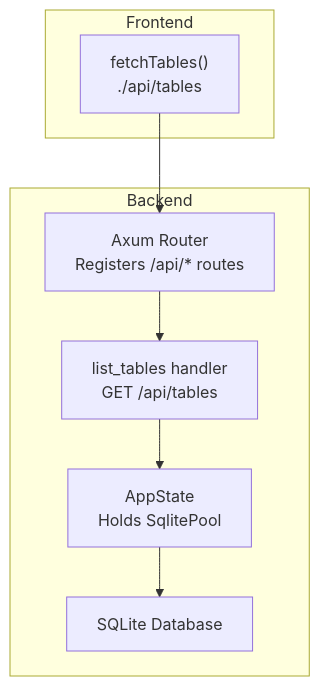
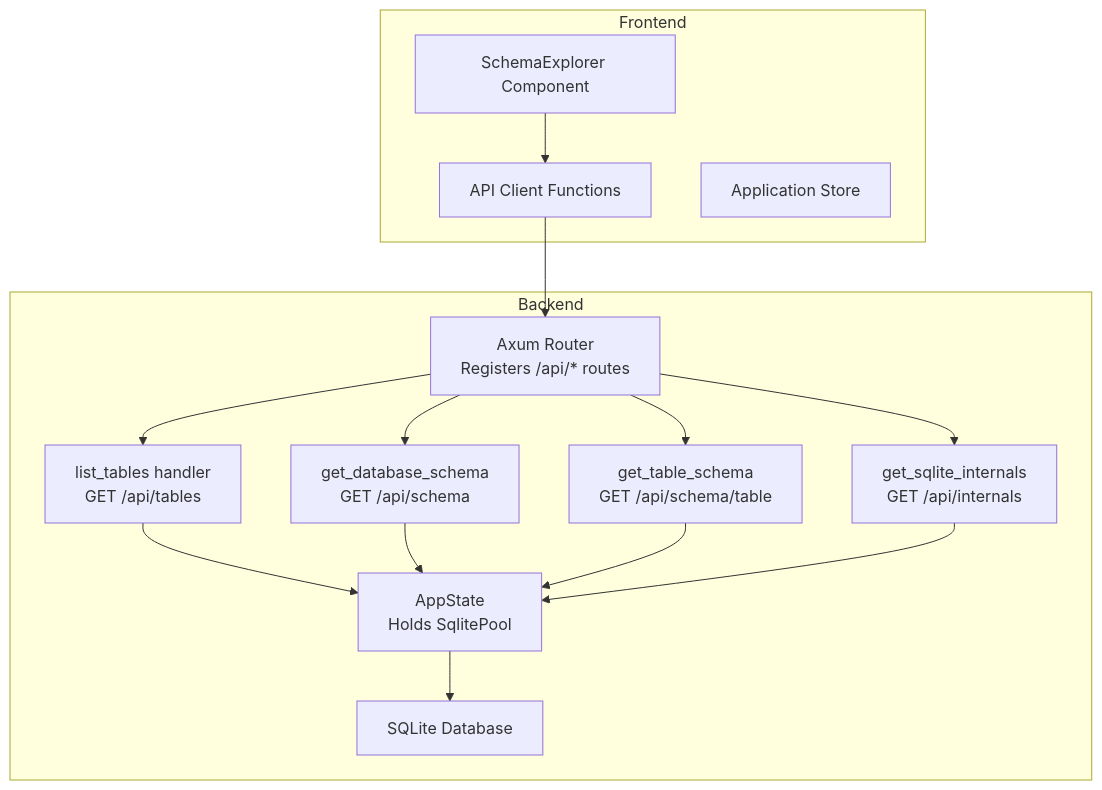
The first of 5 diagrams in .qoder/repowiki/en/content/API Reference/Database Metadata.md (sutanto1010/crablite), drawn with Mermaid before and after one commit. The commit also changed other lines of this file and 25 other files, not shown here.

First line of the commit message:
feat(metadata): add comprehensive database schema and internals API endpoints

````diff
--- a/.qoder/repowiki/en/content/API Reference/Database Metadata.md
+++ b/.qoder/repowiki/en/content/API Reference/Database Metadata.md
@@ -29,16 +48,28 @@
 ```mermaid
 graph TB
 subgraph "Backend"
 Router["Axum Router<br/>Registers /api/* routes"]
 TablesHandler["list_tables handler<br/>GET /api/tables"]
+SchemaHandler["get_database_schema<br/>GET /api/schema"]
+TableSchemaHandler["get_table_schema<br/>GET /api/schema/table"]
+InternalsHandler["get_sqlite_internals<br/>GET /api/internals"]
 State["AppState<br/>Holds SqlitePool"]
 DB["SQLite Database"]
 end
 subgraph "Frontend"
-ApiClient["fetchTables()<br/>./api/tables"]
+SchemaExplorer["SchemaExplorer Component"]
+ApiClient["API Client Functions"]
+Store["Application Store"]
 end
+SchemaExplorer --> ApiClient
 ApiClient --> Router
 Router --> TablesHandler
+Router --> SchemaHandler
+Router --> TableSchemaHandler
+Router --> InternalsHandler
 TablesHandler --> State
+SchemaHandler --> State
+TableSchemaHandler --> State
+InternalsHandler --> State
 State --> DB
 ```
````
